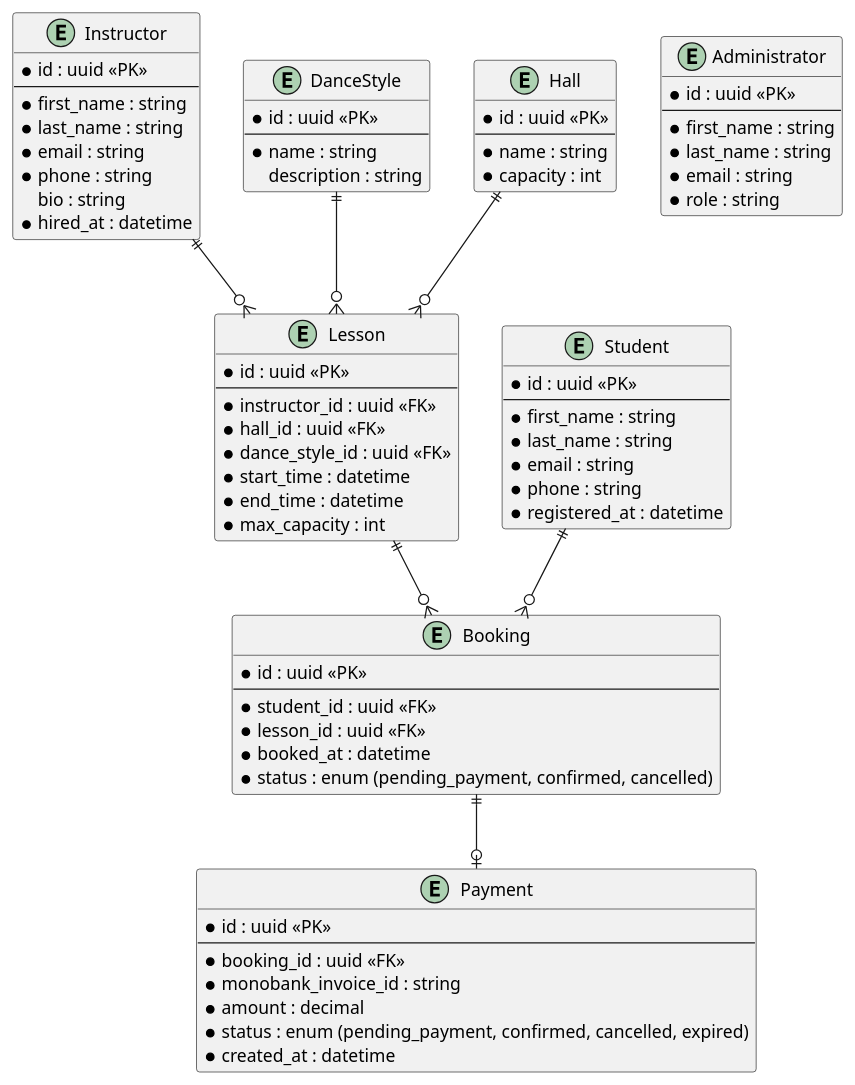
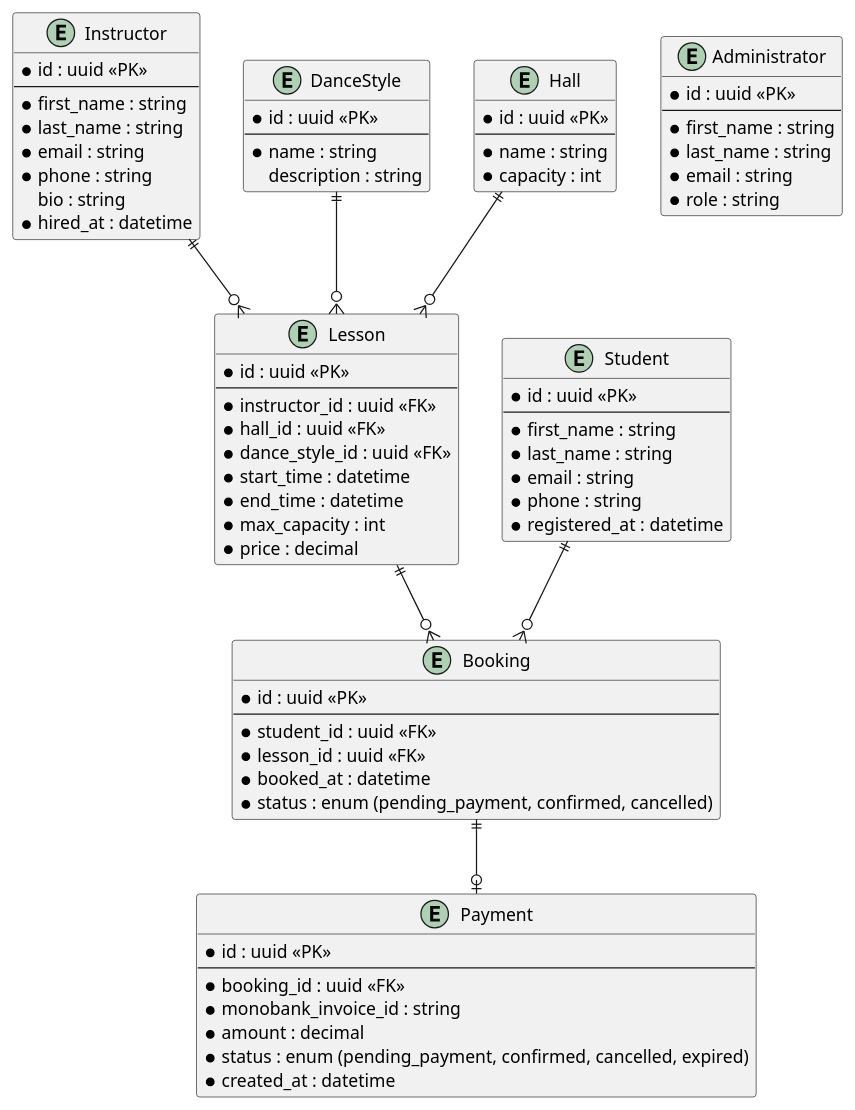
Before and after one commit to prashchukdanylo-stack/software-requirements-modeling-and-analysis: the diagram in lab1/diagram.puml, drawn with PlantUML.

Commit message:
in ER there was no price field in Lesson table, not it is

```diff
--- a/lab1/diagram.puml
+++ b/lab1/diagram.puml
@@ -1,84 +1,85 @@
 @startuml
 
 entity Instructor {
     * id : uuid <<PK>>
     --
     * first_name : string
     * last_name : string
     * email : string
     * phone : string
     bio : string
     * hired_at : datetime
 }
 
 entity Student {
     * id : uuid <<PK>>
     --
     * first_name : string
     * last_name : string
     * email : string
     * phone : string
     * registered_at : datetime
 }
 
 entity DanceStyle {
     * id : uuid <<PK>>
     --
     * name : string
     description : string
 }
 
 entity Hall {
     * id : uuid <<PK>>
     --
     * name : string
     * capacity : int
 }
 
 entity Lesson {
     * id : uuid <<PK>>
     --
     * instructor_id : uuid <<FK>>
     * hall_id : uuid <<FK>>
     * dance_style_id : uuid <<FK>>
     * start_time : datetime
     * end_time : datetime
     * max_capacity : int
+    * price : decimal
 }
 
 entity Booking {
     * id : uuid <<PK>>
     --
     * student_id : uuid <<FK>>
     * lesson_id : uuid <<FK>>
     * booked_at : datetime
     * status : enum (pending_payment, confirmed, cancelled)
 }
 
 entity Payment {
     * id : uuid <<PK>>
     --
     * booking_id : uuid <<FK>>
     * monobank_invoice_id : string
     * amount : decimal
     * status : enum (pending_payment, confirmed, cancelled, expired)
     * created_at : datetime
 }
 
 entity Administrator {
     * id : uuid <<PK>>
     --
     * first_name : string
     * last_name : string
     * email : string
     * role : string
 }
 
 Hall ||--o{ Lesson
 Instructor ||--o{ Lesson
 DanceStyle ||--o{ Lesson
 Student ||--o{ Booking
 Lesson ||--o{ Booking
 Booking ||--o| Payment
 
 @enduml
```
